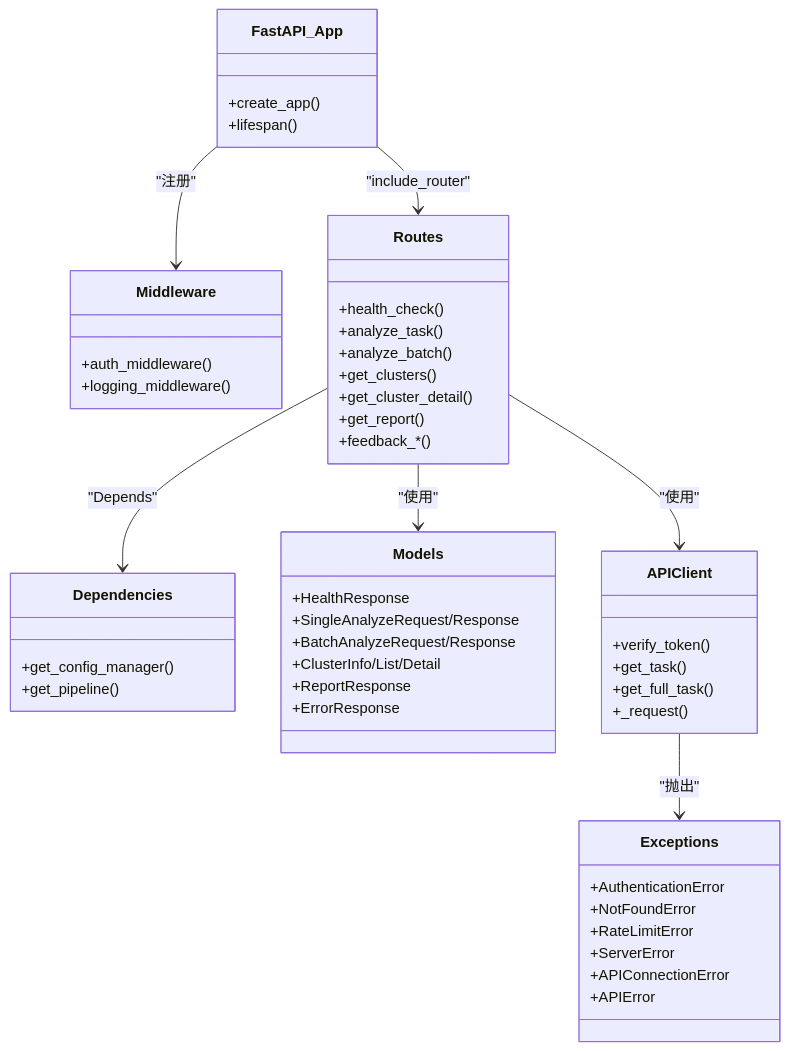
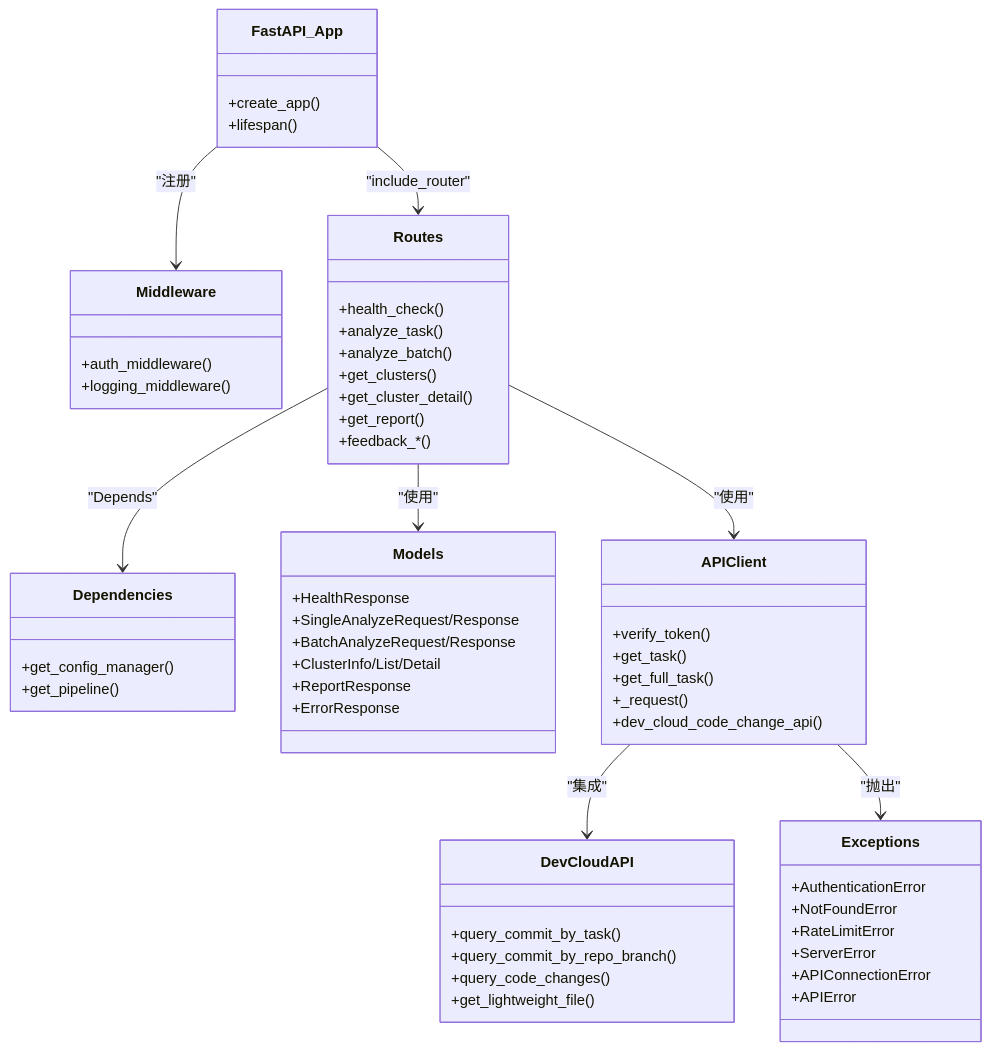
One commit to boyingliu01/fault-review-analyzer changed the fourth of 4 diagrams in .qoder/repowiki/zh/content/API接口文档/API概览.md. Above: the diagram before and after it, drawn with Mermaid. The commit also changed other lines of this file and 125 other files, not shown here.

````diff
--- a/.qoder/repowiki/zh/content/API接口文档/API概览.md
+++ b/.qoder/repowiki/zh/content/API接口文档/API概览.md
@@ -357,52 +388,60 @@
 ```mermaid
 classDiagram
 class FastAPI_App {
 +create_app()
 +lifespan()
 }
 class Middleware {
 +auth_middleware()
 +logging_middleware()
 }
 class Routes {
 +health_check()
 +analyze_task()
 +analyze_batch()
 +get_clusters()
 +get_cluster_detail()
 +get_report()
 +feedback_*()
 }
 class Dependencies {
 +get_config_manager()
 +get_pipeline()
 }
 class Models {
 +HealthResponse
 +SingleAnalyzeRequest/Response
 +BatchAnalyzeRequest/Response
 +ClusterInfo/List/Detail
 +ReportResponse
 +ErrorResponse
 }
 class APIClient {
 +verify_token()
 +get_task()
 +get_full_task()
 +_request()
++dev_cloud_code_change_api()
+}
+class DevCloudAPI {
++query_commit_by_task()
++query_commit_by_repo_branch()
++query_code_changes()
++get_lightweight_file()
 }
 class Exceptions {
 +AuthenticationError
 +NotFoundError
 +RateLimitError
 +ServerError
 +APIConnectionError
 +APIError
 }
 FastAPI_App --> Middleware : "注册"
 FastAPI_App --> Routes : "include_router"
 Routes --> Dependencies : "Depends"
 Routes --> Models : "使用"
 Routes --> APIClient : "使用"
+APIClient --> DevCloudAPI : "集成"
 APIClient --> Exceptions : "抛出"
 ```
````
